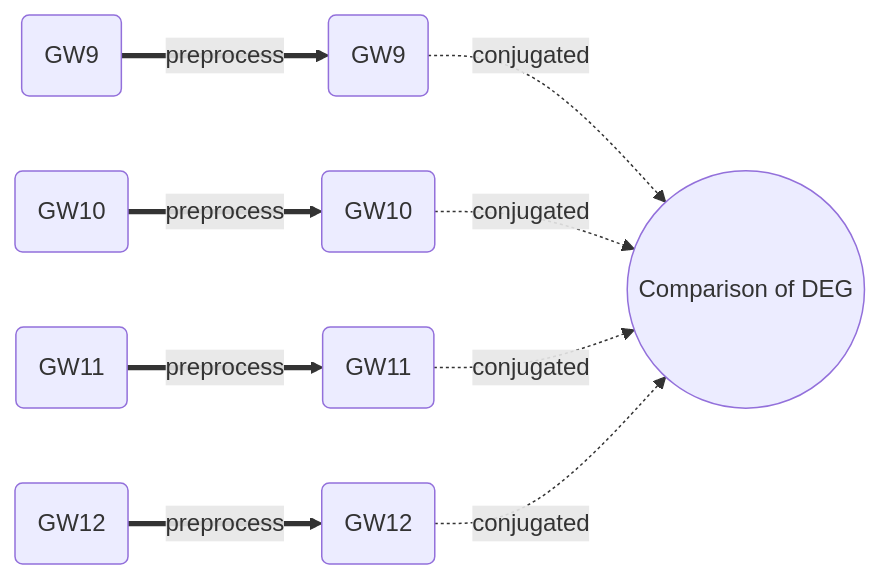
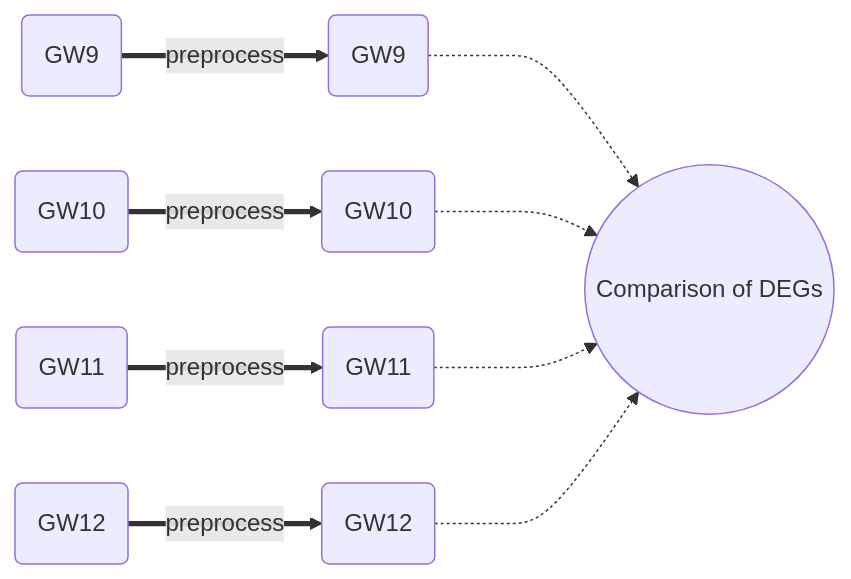
One commit to yo-aka-gene/algebra_ver822 changed the diagram in code/01-4_preprocess_gse165388/README.md. Above: the diagram before and after it, drawn with Mermaid.

Commit message:
:recycle: correct diagram in code/01-4*/README.md

````diff
--- a/code/01-4_preprocess_gse165388/README.md
+++ b/code/01-4_preprocess_gse165388/README.md
@@ -3,12 +3,12 @@
 ```mermaid
 graph LR
     A("GW9") =="preprocess"==> E("GW9")
     B("GW10")=="preprocess"==> F("GW10")
     C("GW11")=="preprocess"==> G("GW11")
     D("GW12")=="preprocess"==> H("GW12")
 
-    E-."conjugated".->I(("Comparison of DEG"))
-    F-."conjugated".->I
-    G-."conjugated".->I
-    H-."conjugated".->I
+    E-..->I(("Comparison of DEGs"))
+    F-..->I
+    G-..->I
+    H-..->I
 ```
````
